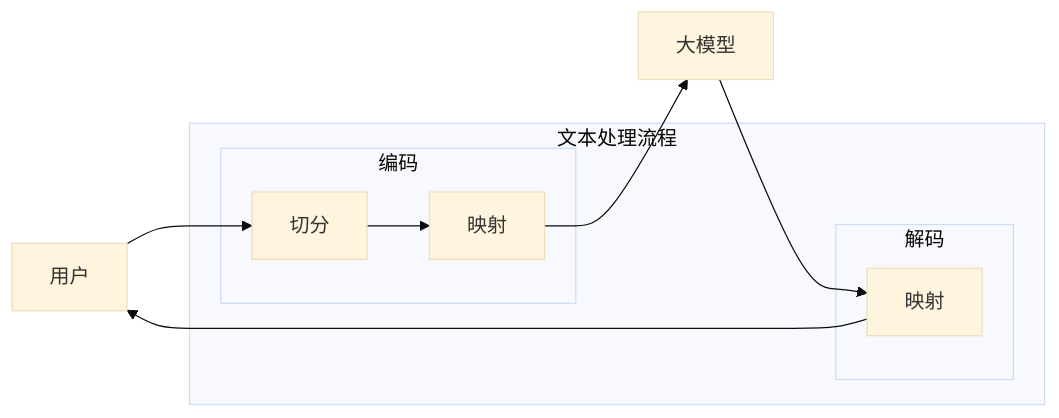
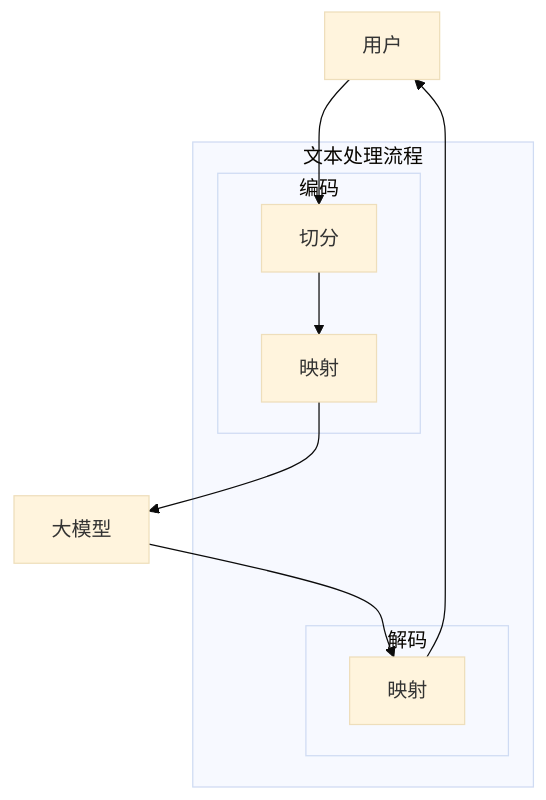
Before and after one commit to wangxiaoqi0123/iodraw-files: the diagram in all/未命名.md, drawn with Mermaid (base theme).

Commit message:
2026-04-09 16:54:22 update

````diff
--- a/all/未命名.md
+++ b/all/未命名.md
@@ -1,28 +1,28 @@
 ```mermaid
-flowchart LR
+flowchart 
     U[用户]
     M[大模型]
 
     %% 外层包裹：文本处理阶段
     subgraph Pipeline[文本处理流程]
         
         %% 编码模块
         subgraph Encoder[编码]
             E1[切分]
             E2[映射]
         end
 
         %% 解码模块
         subgraph Decoder[解码]
             D1[映射]
         end
 
     end
 
     %% 流程连接
     U --> E1
     E1 --> E2
     E2 --> M
     M --> D1
     D1 --> U
 ```
````
